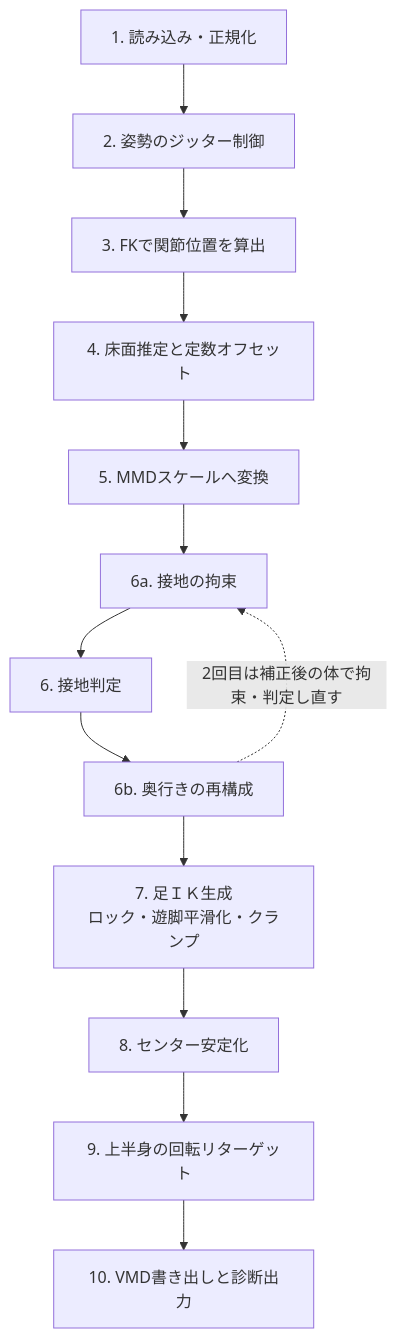
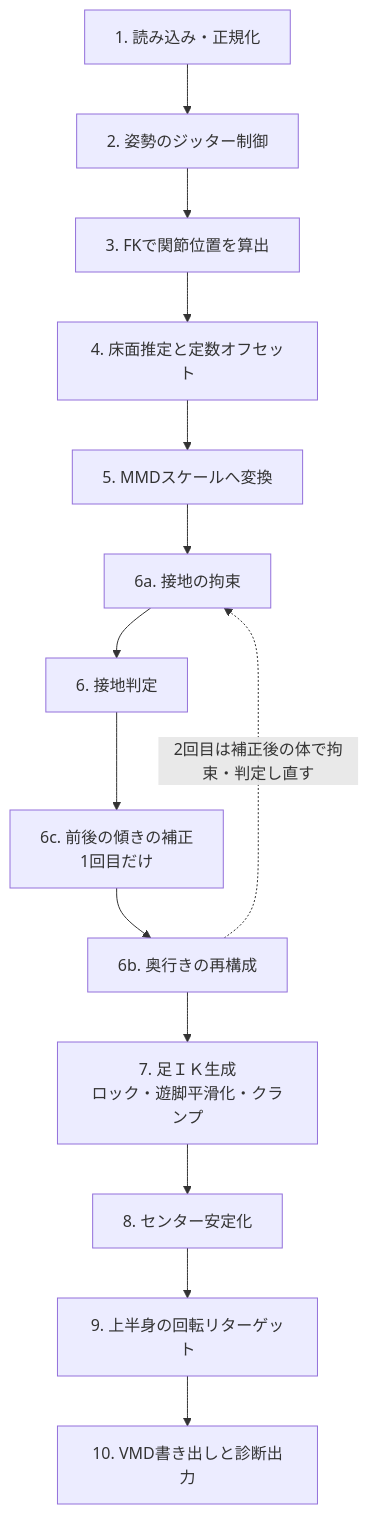
The diagram in vmd.md (yamak493/nlf), drawn with Mermaid before and after one commit. The commit also changed other lines of this file and 9 other files, not shown here.

````diff
--- a/vmd.md
+++ b/vmd.md
@@ -7,15 +7,16 @@
 ```mermaid
 flowchart TD
   A[1. 読み込み・正規化] --> B[2. 姿勢のジッター制御]
   B --> C[3. FKで関節位置を算出]
   C --> D[4. 床面推定と定数オフセット]
   D --> E[5. MMDスケールへ変換]
   E --> F0[6a. 接地の拘束]
   F0 --> F[6. 接地判定]
-  F --> F2[6b. 奥行きの再構成]
+  F --> F3[6c. 前後の傾きの補正<br/>1回目だけ]
+  F3 --> F2[6b. 奥行きの再構成]
   F2 -. 2回目は補正後の体で拘束・判定し直す .-> F0
   F2 --> G[7. 足ＩＫ生成<br/>ロック・遊脚平滑化・クランプ]
   G --> H[8. センター安定化]
   H --> I[9. 上半身の回転リターゲット]
   I --> J[10. VMD書き出しと診断出力]
 ```
````
